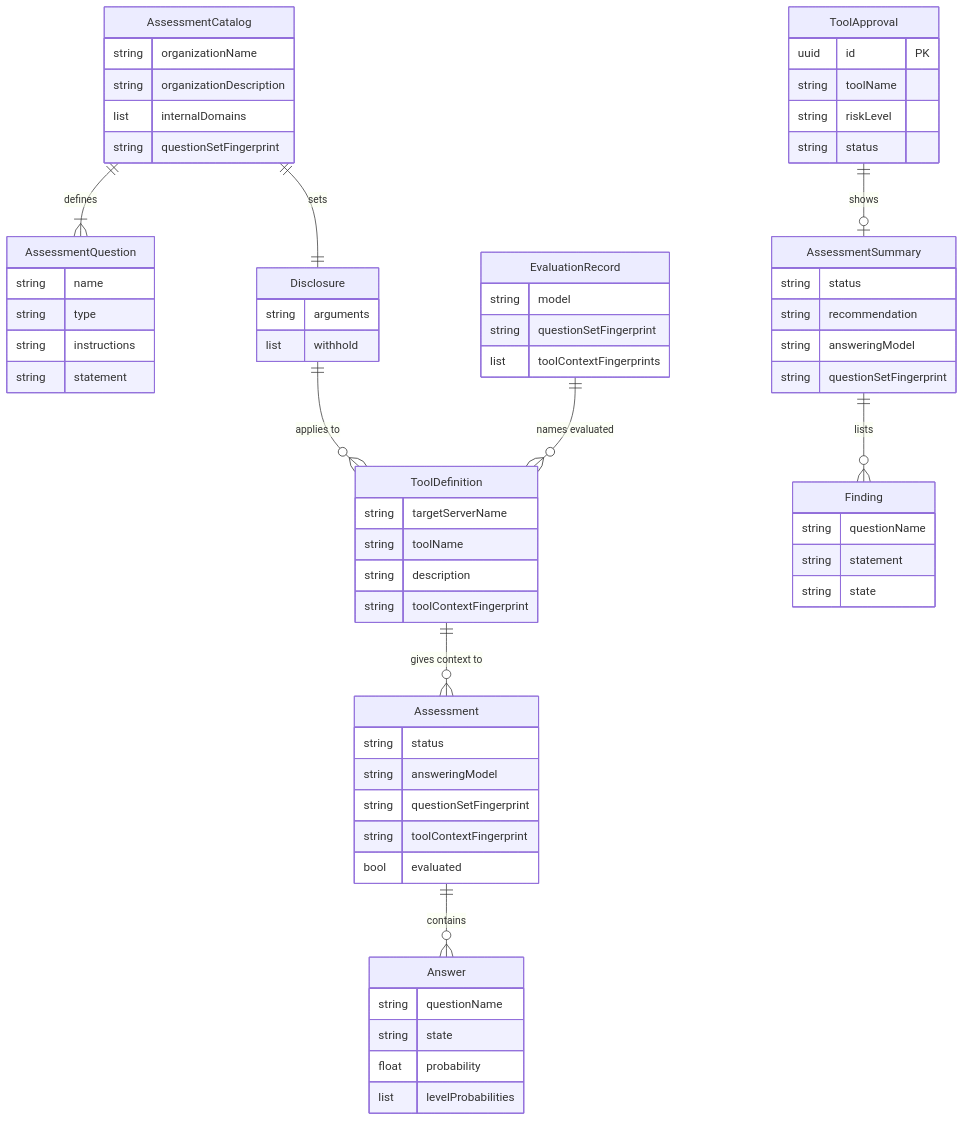
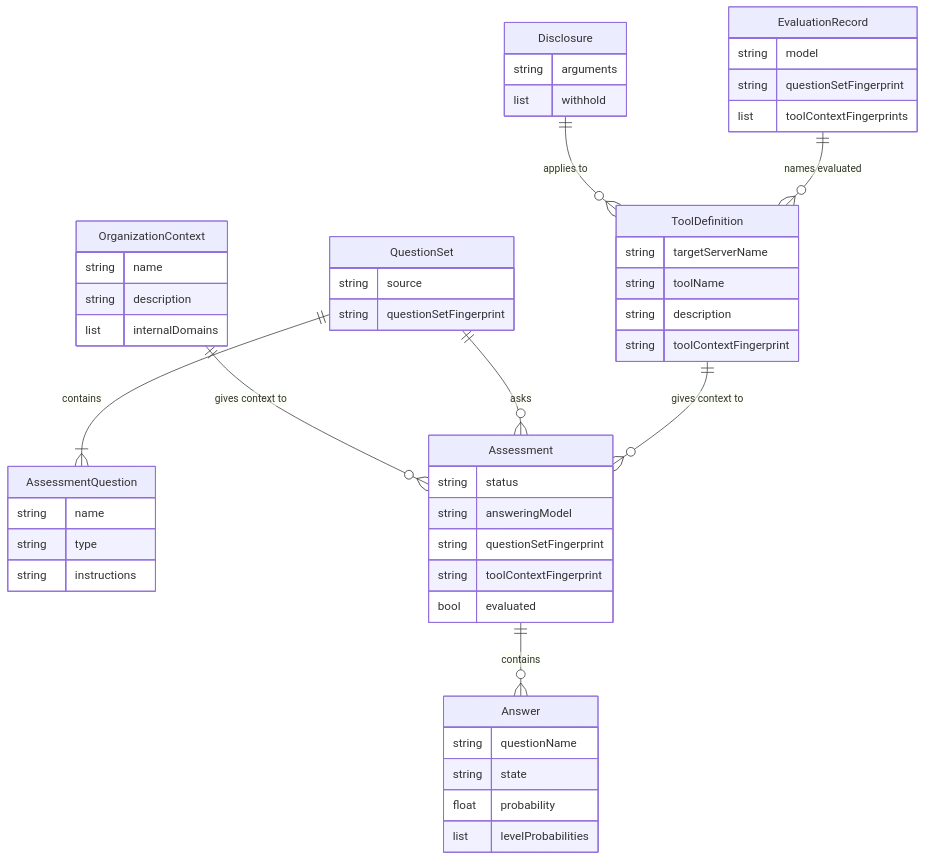
The first of 2 diagrams in specs/20261123-194542-decision-model-tool-approvals/spec.md (zalando-incubator/agentic-identity-broker), drawn with Mermaid before and after one commit. The commit also changed other lines of this file and 16 other files, not shown here.

First line of the commit message:
docs(spec): narrow decision model tool approvals to the policy result and the service configuration

````diff
--- a/specs/20261123-194542-decision-model-tool-approvals/spec.md
+++ b/specs/20261123-194542-decision-model-tool-approvals/spec.md
@@ -1238,68 +1072,52 @@
 ```mermaid
 erDiagram
-    AssessmentCatalog {
-        string organizationName
-        string organizationDescription
+    OrganizationContext {
+        string name
+        string description
         list internalDomains
+    }
+    QuestionSet {
+        string source
         string questionSetFingerprint
     }
     AssessmentQuestion {
         string name
         string type
         string instructions
-        string statement
     }
     Disclosure {
         string arguments
         list withhold
     }
     ToolDefinition {
         string targetServerName
         string toolName
         string description
         string toolContextFingerprint
     }
     Assessment {
         string status
         string answeringModel
         string questionSetFingerprint
         string toolContextFingerprint
         bool evaluated
     }
     Answer {
         string questionName
         string state
         float probability
         list levelProbabilities
     }
     EvaluationRecord {
         string model
         string questionSetFingerprint
         list toolContextFingerprints
     }
-    ToolApproval {
-        uuid id PK
-        string toolName
-        string riskLevel
-        string status
-    }
-    AssessmentSummary {
-        string status
-        string recommendation
-        string answeringModel
-        string questionSetFingerprint
-    }
-    Finding {
-        string questionName
-        string statement
-        string state
-    }
-    AssessmentCatalog ||--|{ AssessmentQuestion : "defines"
-    AssessmentCatalog ||--|| Disclosure : "sets"
+    QuestionSet ||--|{ AssessmentQuestion : "contains"
+    OrganizationContext ||--o{ Assessment : "gives context to"
+    QuestionSet ||--o{ Assessment : "asks"
     Disclosure ||--o{ ToolDefinition : "applies to"
     ToolDefinition ||--o{ Assessment : "gives context to"
     Assessment ||--o{ Answer : "contains"
     EvaluationRecord ||--o{ ToolDefinition : "names evaluated"
-    ToolApproval ||--o| AssessmentSummary : "shows"
-    AssessmentSummary ||--o{ Finding : "lists"
 ```
````
